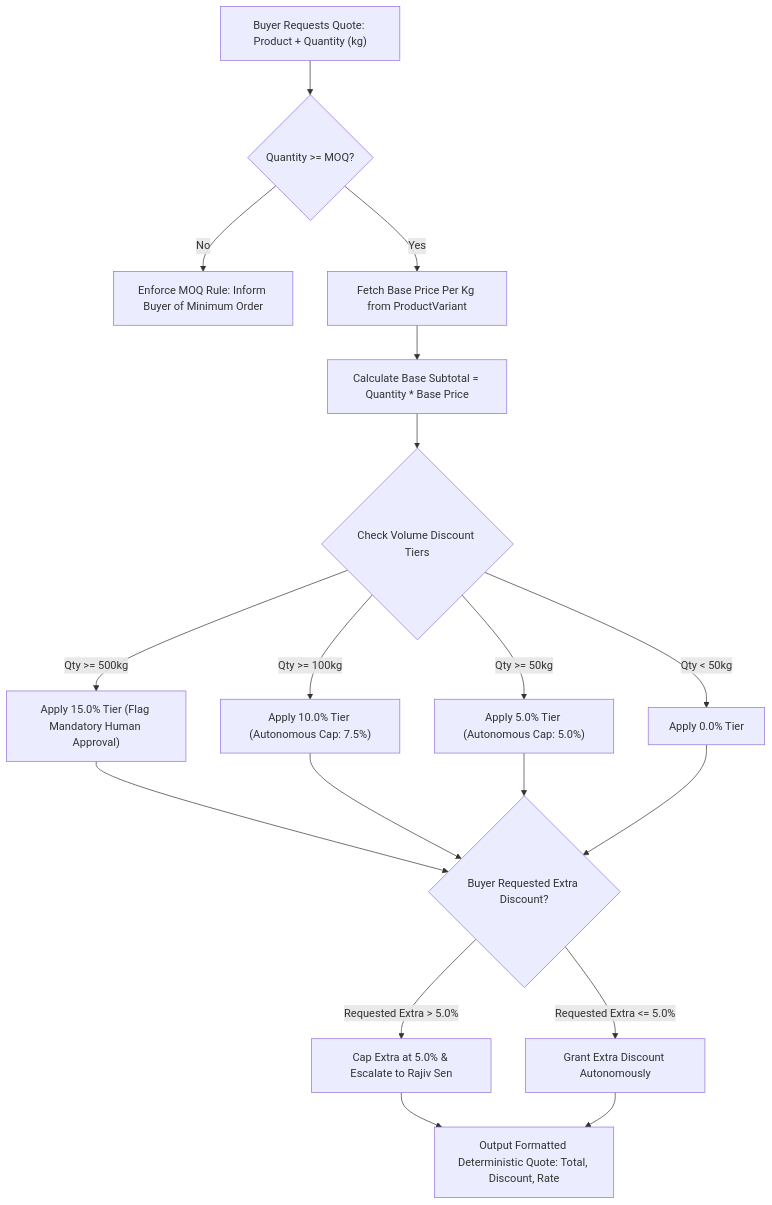
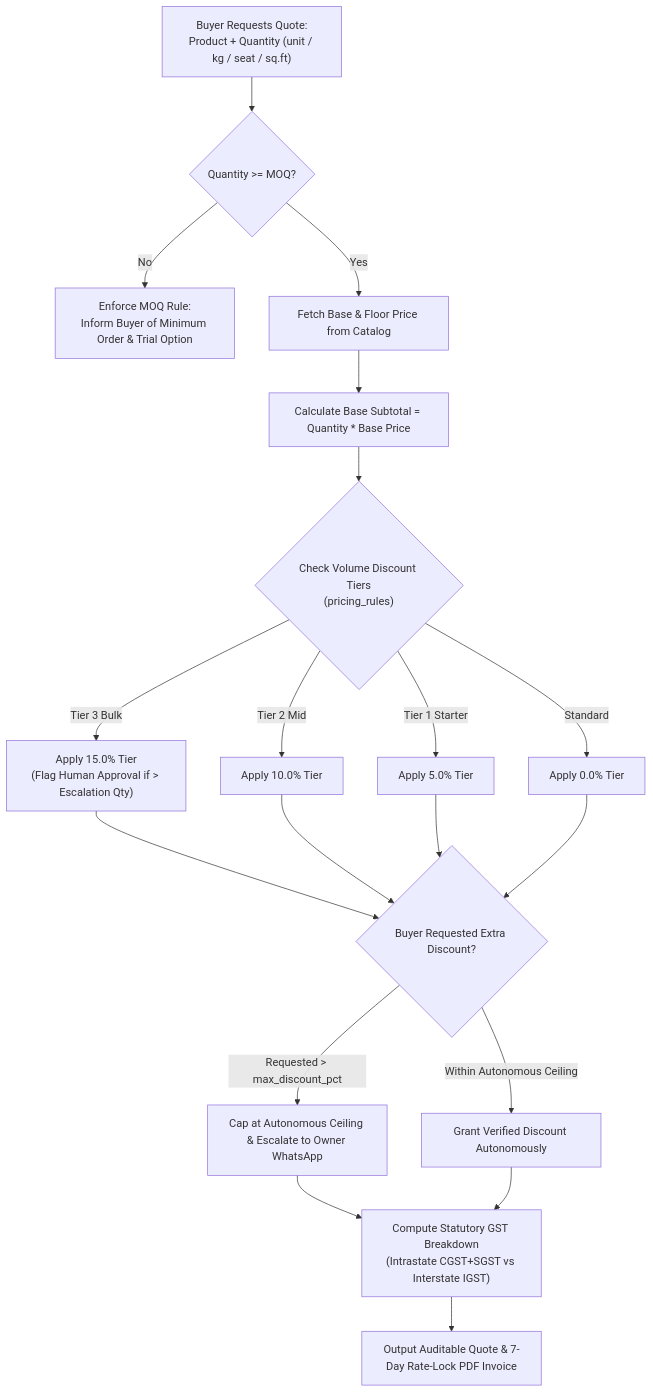
One commit to naborajs/wb-agent changed the diagram in assets docs/architecture/deterministic-pricing-engine.md. Above: the diagram before and after it, drawn with Mermaid. The commit also changed other lines of this file and 10 other files, not shown here.

Commit message:
docs(architecture): update architecture deep-dives, runbooks, security threat model, and error catalog

````diff
--- a/assets docs/architecture/deterministic-pricing-engine.md
+++ b/assets docs/architecture/deterministic-pricing-engine.md
@@ -20,26 +21,23 @@
 ```mermaid
 flowchart TD
-    Inquiry["Buyer Requests Quote: Product + Quantity (kg)"] --> CheckMOQ{"Quantity >= MOQ?"}
+    Inquiry["Buyer Requests Quote:\nProduct + Quantity (unit / kg / seat / sq.ft)"] --> CheckMOQ{"Quantity >= MOQ?"}
     
-    CheckMOQ -->|No| RejectMOQ["Enforce MOQ Rule: Inform Buyer of Minimum Order"]
-    CheckMOQ -->|Yes| FetchBase["Fetch Base Price Per Kg from ProductVariant"]
+    CheckMOQ -->|No| RejectMOQ["Enforce MOQ Rule:\nInform Buyer of Minimum Order & Trial Option"]
+    CheckMOQ -->|Yes| FetchBase["Fetch Base & Floor Price from Catalog"]
 
     FetchBase --> Subtotal["Calculate Base Subtotal = Quantity * Base Price"]
-    Subtotal --> TierCheck{"Check Volume Discount Tiers"}
+    Subtotal --> TierCheck{"Check Volume Discount Tiers\n(pricing_rules)"}
 
-    TierCheck -->|Qty >= 500kg| Tier3["Apply 15.0% Tier (Flag Mandatory Human Approval)"]
-    TierCheck -->|Qty >= 100kg| Tier2["Apply 10.0% Tier (Autonomous Cap: 7.5%)"]
-    TierCheck -->|Qty >= 50kg| Tier1["Apply 5.0% Tier (Autonomous Cap: 5.0%)"]
-    TierCheck -->|Qty < 50kg| Tier0["Apply 0.0% Tier"]
+    TierCheck -->|Tier 3 Bulk| Tier3["Apply 15.0% Tier\n(Flag Human Approval if > Escalation Qty)"]
+    TierCheck -->|Tier 2 Mid| Tier2["Apply 10.0% Tier"]
+    TierCheck -->|Tier 1 Starter| Tier1["Apply 5.0% Tier"]
+    TierCheck -->|Standard| Tier0["Apply 0.0% Tier"]
 
-    Tier3 --> CheckExtra{"Buyer Requested Extra Discount?"}
-    Tier2 --> CheckExtra
-    Tier1 --> CheckExtra
-    Tier0 --> CheckExtra
+    Tier3 & Tier2 & Tier1 & Tier0 --> CheckExtra{"Buyer Requested Extra Discount?"}
 
-    CheckExtra -->|Requested Extra > 5.0%| FlagHuman["Cap Extra at 5.0% & Escalate to Rajiv Sen"]
-    CheckExtra -->|Requested Extra <= 5.0%| AutoGrant["Grant Extra Discount Autonomously"]
+    CheckExtra -->|Requested > max_discount_pct| FlagHuman["Cap at Autonomous Ceiling & Escalate to Owner WhatsApp"]
+    CheckExtra -->|Within Autonomous Ceiling| AutoGrant["Grant Verified Discount Autonomously"]
 
-    FlagHuman --> FinalQuote["Output Formatted Deterministic Quote: Total, Discount, Rate"]
-    AutoGrant --> FinalQuote
+    FlagHuman & AutoGrant --> GST["Compute Statutory GST Breakdown\n(Intrastate CGST+SGST vs Interstate IGST)"]
+    GST --> FinalQuote["Output Auditable Quote & 7-Day Rate-Lock PDF Invoice"]
 ```
````
